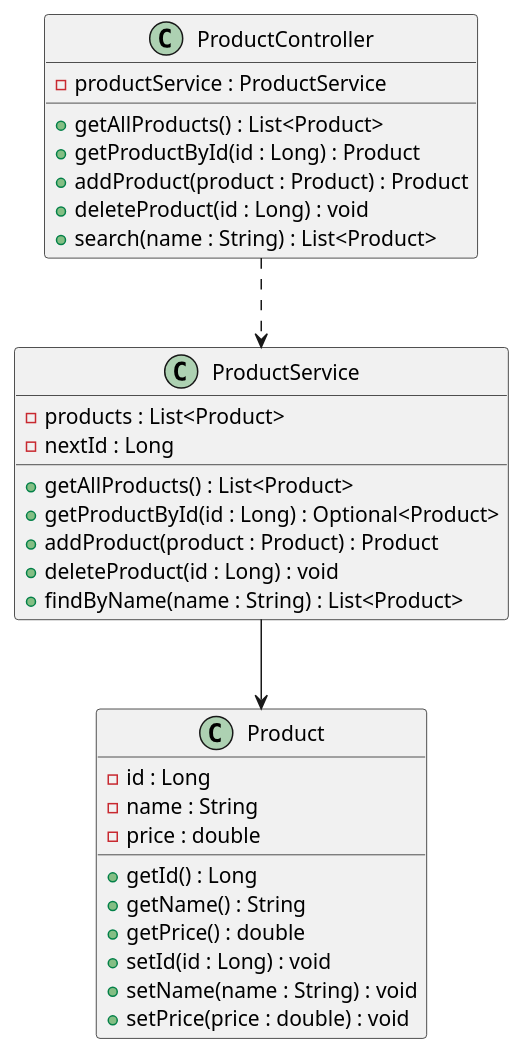
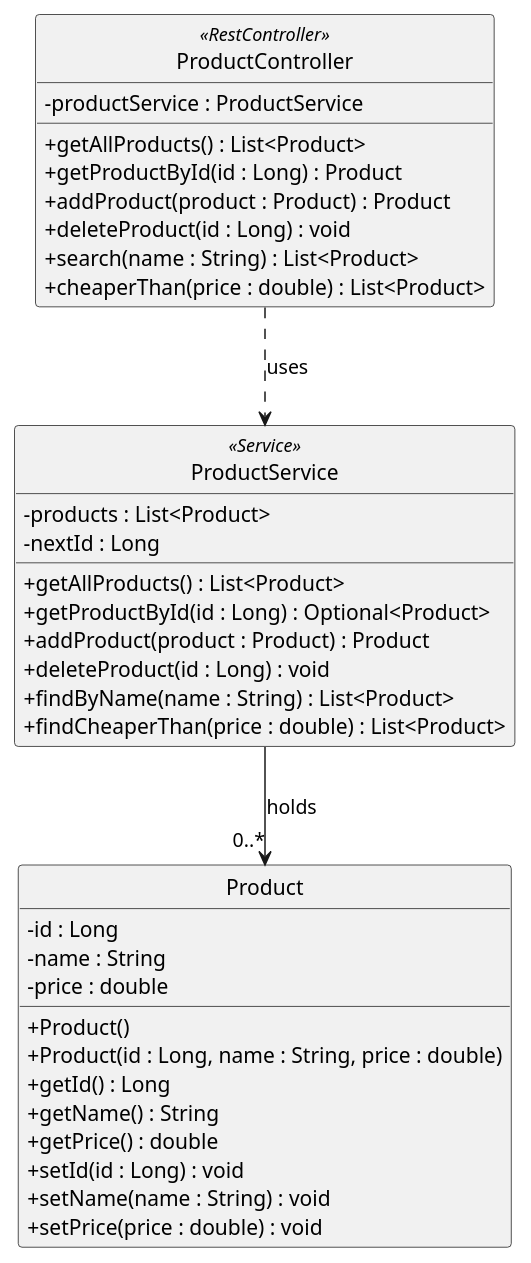
The diagram in docs/uml/ProductService.puml (ilakian1/products-api), drawn with PlantUML before and after one commit. The commit also changed 12 other files, not shown here.

Commit message:
Add cheaper-than search, UML diagrams as PNGs and Tutorial 3 notes

```diff
--- a/docs/uml/ProductService.puml
+++ b/docs/uml/ProductService.puml
@@ -1,40 +1,46 @@
-@startuml
+@startuml ProductService
+skinparam classAttributeIconSize 0
+hide circle
 
 class Product {
   - id : Long
   - name : String
   - price : double
+  + Product()
+  + Product(id : Long, name : String, price : double)
   + getId() : Long
   + getName() : String
   + getPrice() : double
   + setId(id : Long) : void
   + setName(name : String) : void
   + setPrice(price : double) : void
 }
 
-class ProductService {
+class ProductService <<Service>> {
   - products : List<Product>
   - nextId : Long
   + getAllProducts() : List<Product>
   + getProductById(id : Long) : Optional<Product>
   + addProduct(product : Product) : Product
   + deleteProduct(id : Long) : void
   + findByName(name : String) : List<Product>
+  + findCheaperThan(price : double) : List<Product>
 }
 
-class ProductController {
+class ProductController <<RestController>> {
   - productService : ProductService
   + getAllProducts() : List<Product>
   + getProductById(id : Long) : Product
   + addProduct(product : Product) : Product
   + deleteProduct(id : Long) : void
   + search(name : String) : List<Product>
+  + cheaperThan(price : double) : List<Product>
 }
 
 ' ..> is a dependency: DASHED line, open arrow
-ProductController ..> ProductService
+ProductController ..> ProductService : uses
 
 ' --> is an association: SOLID line
-ProductService --> Product
+ProductService --> "0..*" Product : holds
 
 @enduml
```
